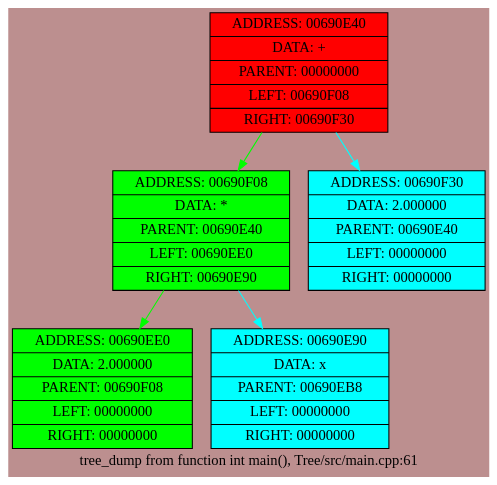
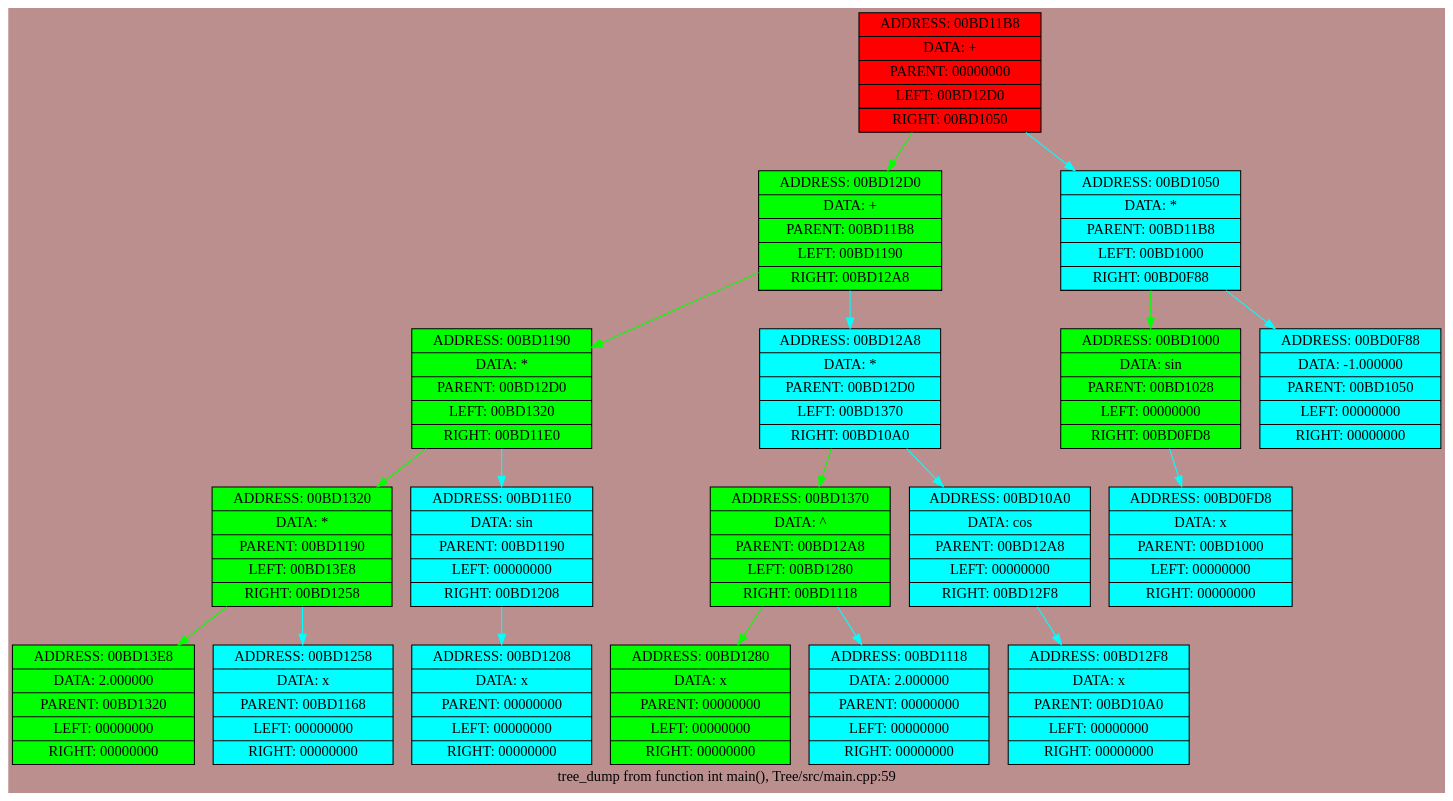
One commit to Amlola/Differentiator changed the diagram in dotfile1.dot. Above: the diagram before and after it, drawn with Graphviz. The commit also changed 23 other files, not shown here.

```diff
--- a/dotfile1.dot
+++ b/dotfile1.dot
@@ -1,16 +1,42 @@
 digraph struct {bgcolor=RosyBrown rankdir = HR
 
 
-label = "tree_dump from function int main(), Tree/src/main.cpp:61";
-node0[shape=record, style=filled, fillcolor="red", label=" {ADDRESS: 00690E40 | DATA: + | PARENT: 00000000 | LEFT: 00690F08 | RIGHT: 00690F30}"];
+label = "tree_dump from function int main(), Tree/src/main.cpp:59";
+node0[shape=record, style=filled, fillcolor="red", label=" {ADDRESS: 00BD11B8 | DATA: + | PARENT: 00000000 | LEFT: 00BD12D0 | RIGHT: 00BD1050}"];
 node0->node1 [color = "lime"];
-node1[shape=record, style=filled, fillcolor="lime", label=" {ADDRESS: 00690F08 | DATA: * | PARENT: 00690E40 | LEFT: 00690EE0 | RIGHT: 00690E90}"];
+node1[shape=record, style=filled, fillcolor="lime", label=" {ADDRESS: 00BD12D0 | DATA: + | PARENT: 00BD11B8 | LEFT: 00BD1190 | RIGHT: 00BD12A8}"];
 node1->node2 [color = "lime"];
-node2[shape=record, style=filled, fillcolor="lime", label=" {ADDRESS: 00690EE0 | DATA: 2.000000 | PARENT: 00690F08 | LEFT: 00000000 | RIGHT: 00000000}"];
-node1->node3 [color = "aqua"];
-node3[shape=record, style=filled, fillcolor="aqua", label=" {ADDRESS: 00690E90 | DATA: x | PARENT: 00690EB8 | LEFT: 00000000 | RIGHT: 00000000}"];
-node0->node4 [color = "aqua"];
-node4[shape=record, style=filled, fillcolor="aqua", label=" {ADDRESS: 00690F30 | DATA: 2.000000 | PARENT: 00690E40 | LEFT: 00000000 | RIGHT: 00000000}"];
+node2[shape=record, style=filled, fillcolor="lime", label=" {ADDRESS: 00BD1190 | DATA: * | PARENT: 00BD12D0 | LEFT: 00BD1320 | RIGHT: 00BD11E0}"];
+node2->node3 [color = "lime"];
+node3[shape=record, style=filled, fillcolor="lime", label=" {ADDRESS: 00BD1320 | DATA: * | PARENT: 00BD1190 | LEFT: 00BD13E8 | RIGHT: 00BD1258}"];
+node3->node4 [color = "lime"];
+node4[shape=record, style=filled, fillcolor="lime", label=" {ADDRESS: 00BD13E8 | DATA: 2.000000 | PARENT: 00BD1320 | LEFT: 00000000 | RIGHT: 00000000}"];
+node3->node5 [color = "aqua"];
+node5[shape=record, style=filled, fillcolor="aqua", label=" {ADDRESS: 00BD1258 | DATA: x | PARENT: 00BD1168 | LEFT: 00000000 | RIGHT: 00000000}"];
+node2->node6 [color = "aqua"];
+node6[shape=record, style=filled, fillcolor="aqua", label=" {ADDRESS: 00BD11E0 | DATA: sin | PARENT: 00BD1190 | LEFT: 00000000 | RIGHT: 00BD1208}"];
+node6->node7 [color = "aqua"];
+node7[shape=record, style=filled, fillcolor="aqua", label=" {ADDRESS: 00BD1208 | DATA: x | PARENT: 00000000 | LEFT: 00000000 | RIGHT: 00000000}"];
+node1->node8 [color = "aqua"];
+node8[shape=record, style=filled, fillcolor="aqua", label=" {ADDRESS: 00BD12A8 | DATA: * | PARENT: 00BD12D0 | LEFT: 00BD1370 | RIGHT: 00BD10A0}"];
+node8->node9 [color = "lime"];
+node9[shape=record, style=filled, fillcolor="lime", label=" {ADDRESS: 00BD1370 | DATA: ^ | PARENT: 00BD12A8 | LEFT: 00BD1280 | RIGHT: 00BD1118}"];
+node9->node10 [color = "lime"];
+node10[shape=record, style=filled, fillcolor="lime", label=" {ADDRESS: 00BD1280 | DATA: x | PARENT: 00000000 | LEFT: 00000000 | RIGHT: 00000000}"];
+node9->node11 [color = "aqua"];
+node11[shape=record, style=filled, fillcolor="aqua", label=" {ADDRESS: 00BD1118 | DATA: 2.000000 | PARENT: 00000000 | LEFT: 00000000 | RIGHT: 00000000}"];
+node8->node12 [color = "aqua"];
+node12[shape=record, style=filled, fillcolor="aqua", label=" {ADDRESS: 00BD10A0 | DATA: cos | PARENT: 00BD12A8 | LEFT: 00000000 | RIGHT: 00BD12F8}"];
+node12->node13 [color = "aqua"];
+node13[shape=record, style=filled, fillcolor="aqua", label=" {ADDRESS: 00BD12F8 | DATA: x | PARENT: 00BD10A0 | LEFT: 00000000 | RIGHT: 00000000}"];
+node0->node14 [color = "aqua"];
+node14[shape=record, style=filled, fillcolor="aqua", label=" {ADDRESS: 00BD1050 | DATA: * | PARENT: 00BD11B8 | LEFT: 00BD1000 | RIGHT: 00BD0F88}"];
+node14->node15 [color = "lime"];
+node15[shape=record, style=filled, fillcolor="lime", label=" {ADDRESS: 00BD1000 | DATA: sin | PARENT: 00BD1028 | LEFT: 00000000 | RIGHT: 00BD0FD8}"];
+node15->node16 [color = "aqua"];
+node16[shape=record, style=filled, fillcolor="aqua", label=" {ADDRESS: 00BD0FD8 | DATA: x | PARENT: 00BD1000 | LEFT: 00000000 | RIGHT: 00000000}"];
+node14->node17 [color = "aqua"];
+node17[shape=record, style=filled, fillcolor="aqua", label=" {ADDRESS: 00BD0F88 | DATA: -1.000000 | PARENT: 00BD1050 | LEFT: 00000000 | RIGHT: 00000000}"];
 
 
 }
```
